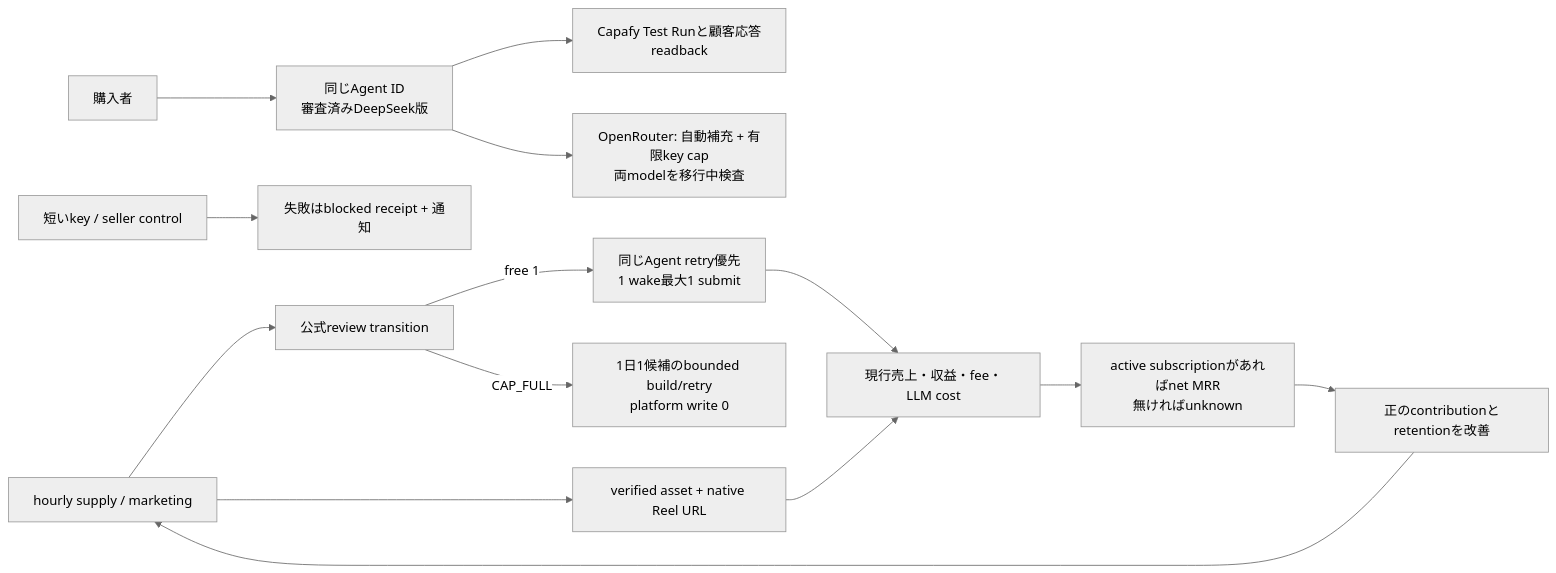
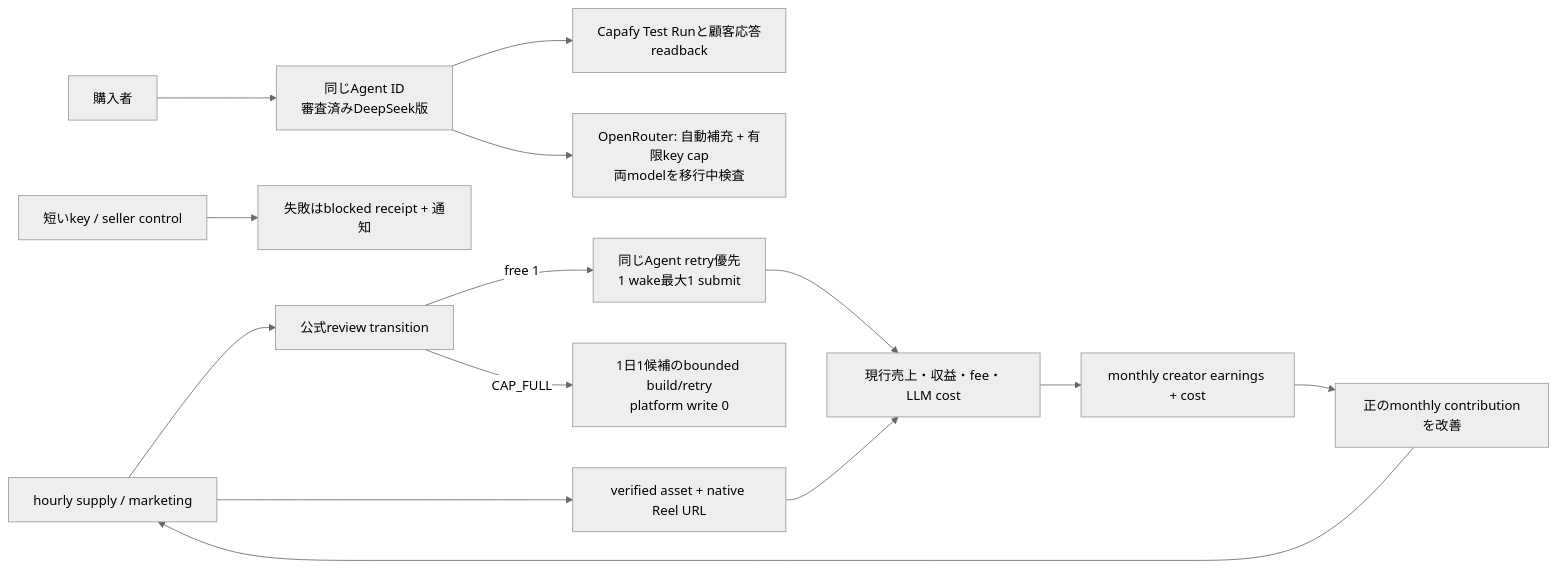
The third of 6 diagrams in specs/29-CAPAFY-10K-MRR-CLOSED-LOOP.md (Daisuke134/life-manager), drawn with Mermaid (neutral theme) before and after one commit. The commit also changed other lines of this file, not shown here.

Commit message:
docs(capafy): make monthly revenue primary KPI

````diff
--- a/specs/29-CAPAFY-10K-MRR-CLOSED-LOOP.md
+++ b/specs/29-CAPAFY-10K-MRR-CLOSED-LOOP.md
@@ -77,16 +81,16 @@
 ```mermaid
 flowchart LR
   Buyer[購入者] --> Live[同じAgent ID<br/>審査済みDeepSeek版]
   Live --> Effect[Capafy Test Runと顧客応答readback]
   Live --> Key[OpenRouter: 自動補充 + 有限key cap<br/>両modelを移行中検査]
   Control[短いkey / seller control] --> Receipt[失敗はblocked receipt + 通知]
   Worker[hourly supply / marketing] --> Inventory[公式review transition]
   Inventory -->|free 1| Submit[同じAgent retry優先<br/>1 wake最大1 submit]
   Inventory -->|CAP_FULL| Offline[1日1候補のbounded build/retry<br/>platform write 0]
   Worker --> Reel[verified asset + native Reel URL]
   Submit --> Sales[現行売上・収益・fee・LLM cost]
   Reel --> Sales
-  Sales --> MRR[active subscriptionがあればnet MRR<br/>無ければunknown]
-  MRR --> Decision[正のcontributionとretentionを改善]
+  Sales --> Revenue[monthly creator earnings + cost]
+  Revenue --> Decision[正のmonthly contributionを改善]
   Decision --> Worker
 ```
````
